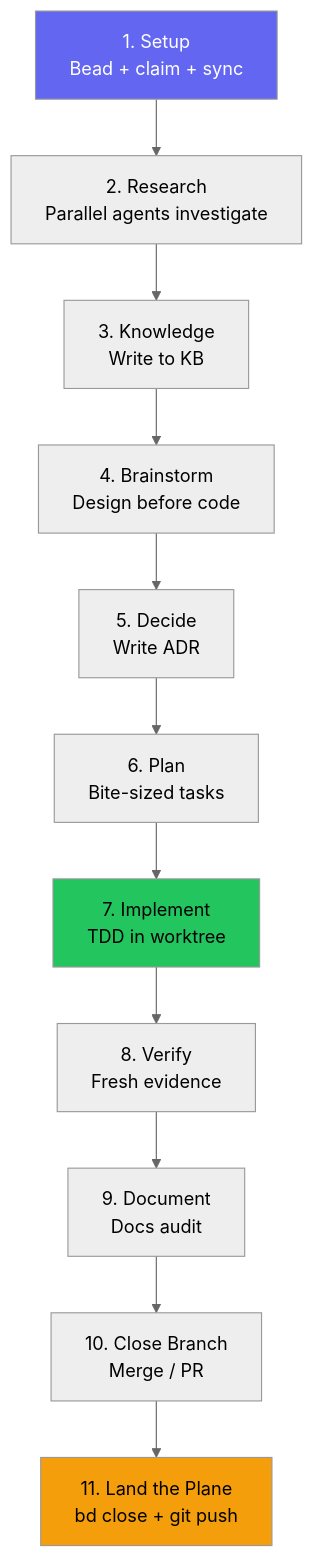
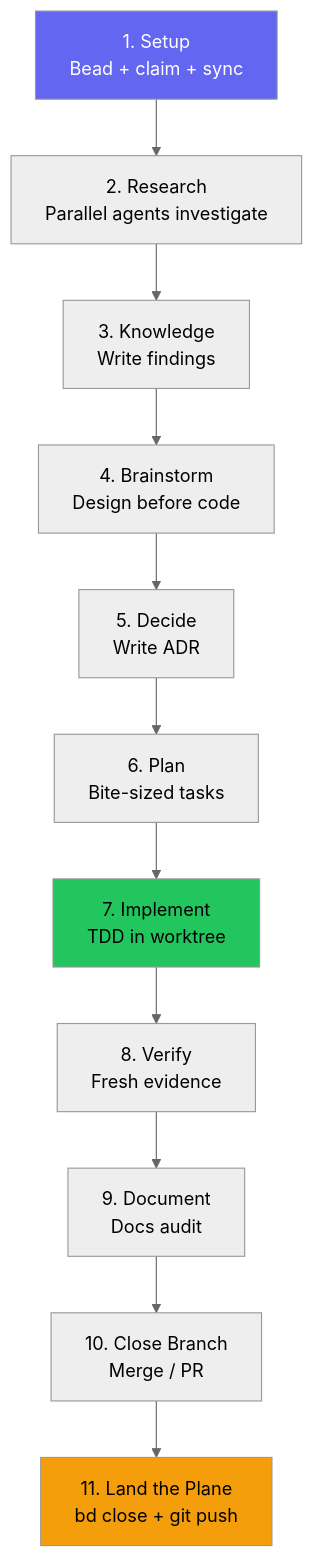
Before and after one commit to DollarDill/beads-superpowers: the second of 2 diagrams in docs/methodology.md, drawn with Mermaid (neutral theme). The commit also changed other lines of this file, not shown here.

````diff
--- a/docs/methodology.md
+++ b/docs/methodology.md
@@ -151,17 +74,17 @@
 ```mermaid
 graph TD
   Step1["1. Setup<br/>Bead + claim + sync"] --> Step2["2. Research<br/>Parallel agents investigate"]
-  Step2 --> Step3["3. Knowledge<br/>Write to KB"]
+  Step2 --> Step3["3. Knowledge<br/>Write findings"]
   Step3 --> Step4["4. Brainstorm<br/>Design before code"]
   Step4 --> Step5["5. Decide<br/>Write ADR"]
   Step5 --> Step6["6. Plan<br/>Bite-sized tasks"]
   Step6 --> Step7["7. Implement<br/>TDD in worktree"]
   Step7 --> Step8["8. Verify<br/>Fresh evidence"]
   Step8 --> Step9["9. Document<br/>Docs audit"]
   Step9 --> Step10["10. Close Branch<br/>Merge / PR"]
   Step10 --> Step11["11. Land the Plane<br/>bd close + git push"]
 
   style Step1 fill:#6366f1,color:#fff
   style Step7 fill:#22c55e,color:#000
   style Step11 fill:#f59e0b,color:#000
 ```
````
